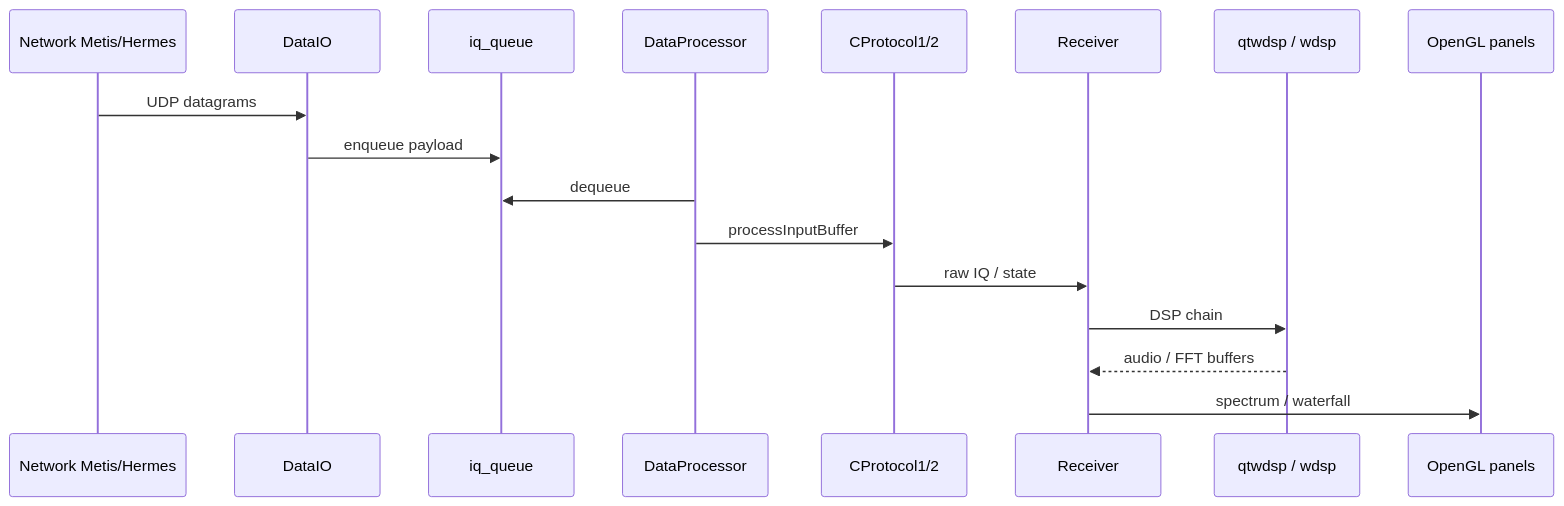
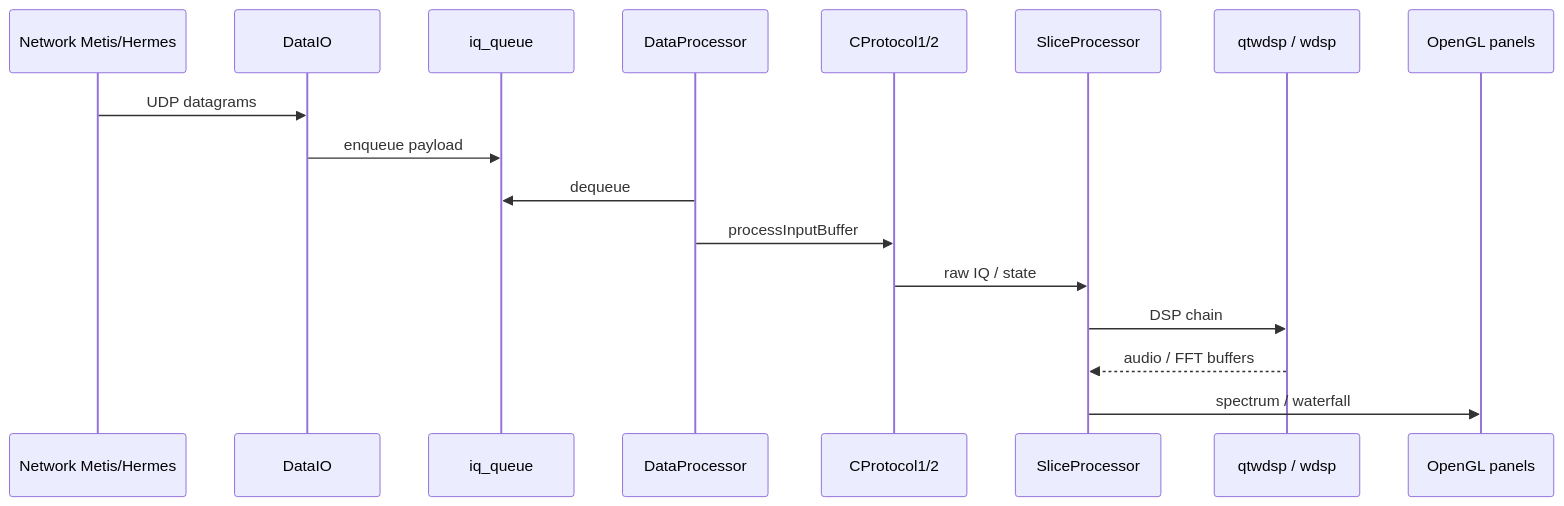
One commit to zl2brg/cudaSDR changed the third of 3 diagrams in Docs/codebase_architecture.md. Above: the diagram before and after it, drawn with Mermaid. The commit also changed other lines of this file and 36 other files, not shown here.

First line of the commit message:
Complete MVC phases 4–5: slice-first UI and SliceProcessor rename.

````diff
--- a/Docs/codebase_architecture.md
+++ b/Docs/codebase_architecture.md
@@ -120,20 +120,20 @@
 ```mermaid
 sequenceDiagram
   participant Net as Network Metis/Hermes
   participant DIO as DataIO
   participant Q as iq_queue
   participant DP as DataProcessor
   participant P as CProtocol1/2
-  participant RX as Receiver
+  participant SP as SliceProcessor
   participant WDSP as qtwdsp / wdsp
   participant GL as OpenGL panels
 
   Net->>DIO: UDP datagrams
   DIO->>Q: enqueue payload
   DP->>Q: dequeue
   DP->>P: processInputBuffer
-  P->>RX: raw IQ / state
-  RX->>WDSP: DSP chain
-  WDSP-->>RX: audio / FFT buffers
-  RX->>GL: spectrum / waterfall
+  P->>SP: raw IQ / state
+  SP->>WDSP: DSP chain
+  WDSP-->>SP: audio / FFT buffers
+  SP->>GL: spectrum / waterfall
 ```
````
